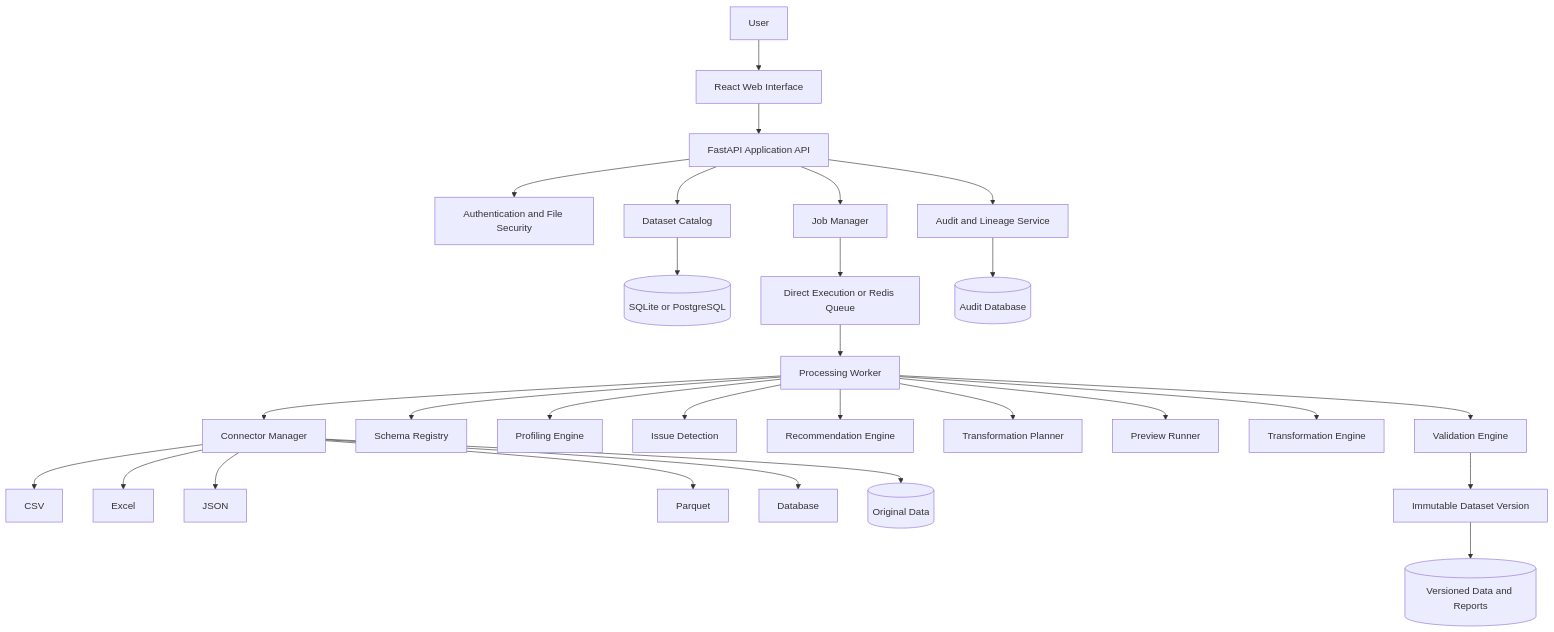
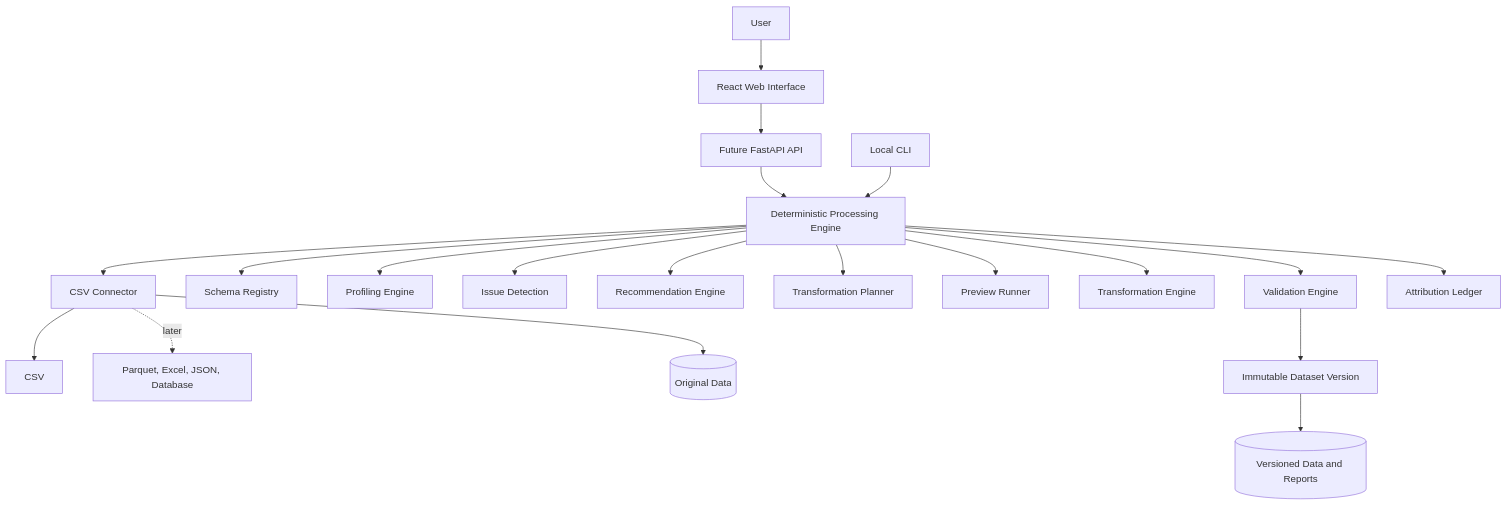
One commit to SujAnverse1125/ClearSet changed the diagram in docs/ARCHITECTURE.md. Above: the diagram before and after it, drawn with Mermaid. The commit also changed other lines of this file and 10 other files, not shown here.

````diff
--- a/docs/ARCHITECTURE.md
+++ b/docs/ARCHITECTURE.md
@@ -36,35 +30,26 @@
 ```mermaid
 flowchart TB
 	User[User] --> UI[React Web Interface]
 	UI --> API[FastAPI Application API]
 
-	API --> Security[Authentication and File Security]
-	API --> Catalog[Dataset Catalog]
-	API --> Jobs[Job Manager]
-	API --> Audit[Audit and Lineage Service]
+	CLI[Local CLI] --> Worker[Deterministic Processing Engine]
+	API[Future FastAPI API] --> Worker
 
-	Jobs --> Queue[Direct Execution or Redis Queue]
-	Queue --> Worker[Processing Worker]
-
-	Worker --> Connector[Connector Manager]
+	Worker --> Connector[CSV Connector]
 	Connector --> CSV[CSV]
-	Connector --> Excel[Excel]
-	Connector --> JSON[JSON]
-	Connector --> Parquet[Parquet]
-	Connector --> Database[Database]
+	Connector -. later .-> Formats[Parquet, Excel, JSON, Database]
 
 	Worker --> Schema[Schema Registry]
 	Worker --> Profiler[Profiling Engine]
 	Worker --> Detector[Issue Detection]
 	Worker --> Recommender[Recommendation Engine]
 	Worker --> Planner[Transformation Planner]
 	Worker --> Preview[Preview Runner]
 	Worker --> Transformer[Transformation Engine]
 	Worker --> Validator[Validation Engine]
 
 	Validator --> Version[Immutable Dataset Version]
-	Catalog --> Metadata[(SQLite or PostgreSQL)]
-	Audit --> AuditDB[(Audit Database)]
+	Worker --> Ledger[Attribution Ledger]
 	Connector --> Raw[(Original Data)]
 	Version --> Outputs[(Versioned Data and Reports)]
 ```
````
